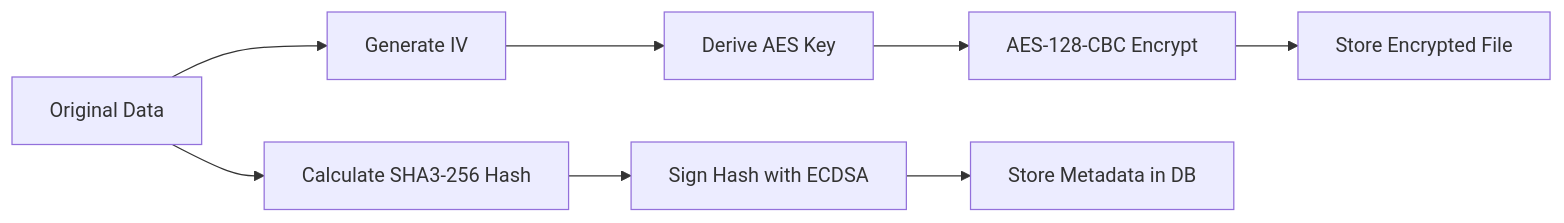
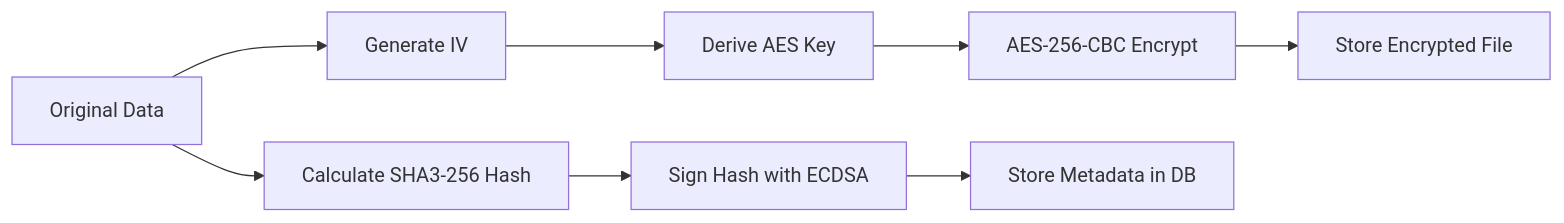
The second of 2 diagrams in docs/TECHNICAL_DETAILS.md (rbatllet/private-blockchain), drawn with Mermaid before and after one commit. The commit also changed other lines of this file and 4 other files, not shown here.

Commit message:
Upgrade encryption from AES-128 to AES-256-CBC.

````diff
--- a/docs/TECHNICAL_DETAILS.md
+++ b/docs/TECHNICAL_DETAILS.md
@@ -494,10 +494,10 @@
 ```mermaid
 graph LR
     A[Original Data] --> B[Generate IV]
     B --> C[Derive AES Key]
-    C --> D[AES-128-CBC Encrypt]
+    C --> D[AES-256-CBC Encrypt]
     D --> E[Store Encrypted File]
     A --> F[Calculate SHA3-256 Hash]
     F --> G[Sign Hash with ECDSA]
     G --> H[Store Metadata in DB]
 ```
````
